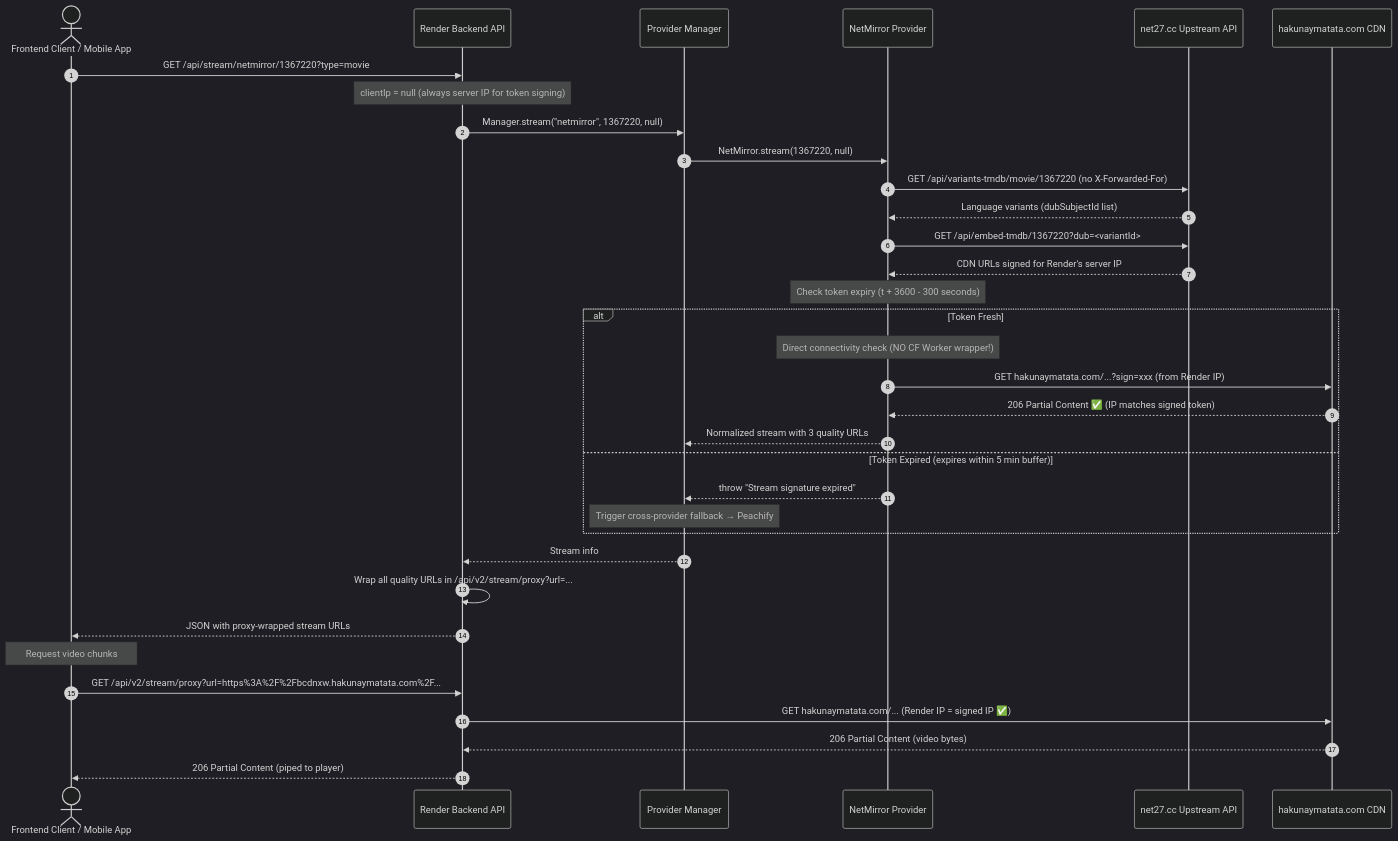
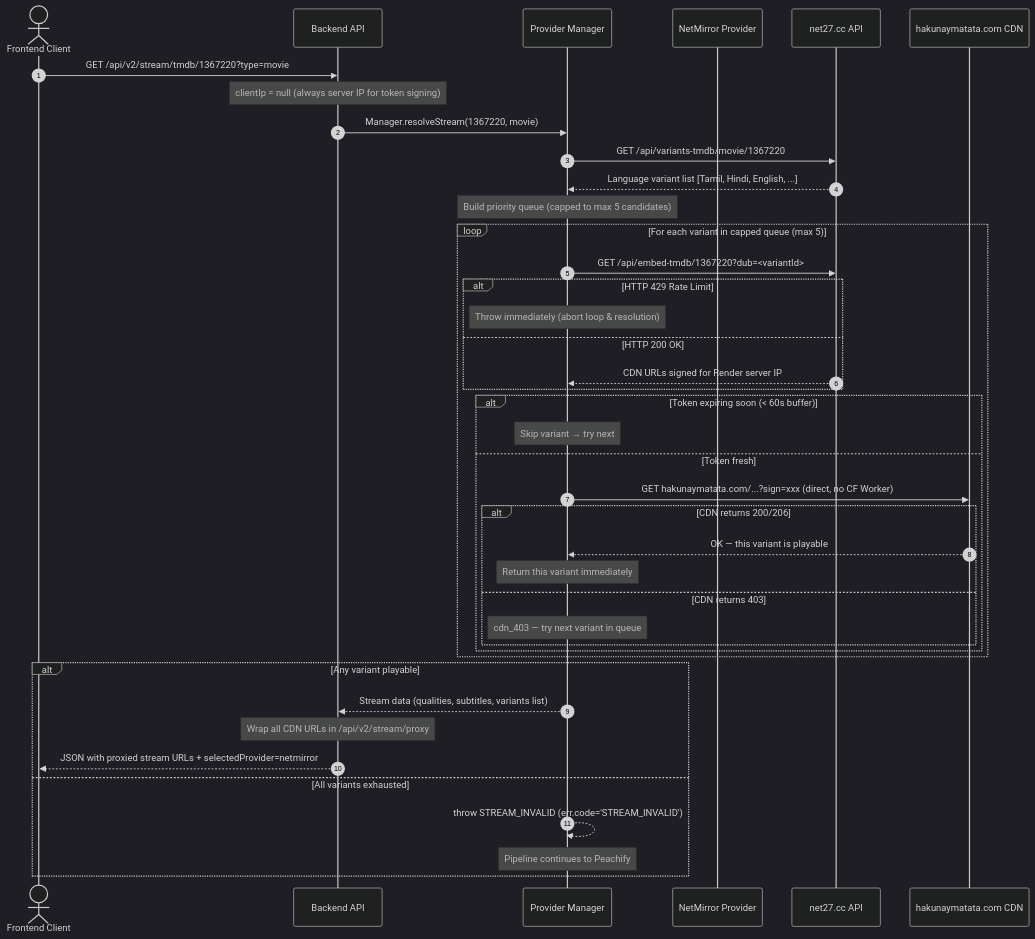
Before and after one commit to Kalaitechtubee/MovieZon-api: the fourth of 7 diagrams in api_flow_documentation.md, drawn with Mermaid (dark theme). The commit also changed other lines of this file and 9 other files, not shown here.

````diff
--- a/api_flow_documentation.md
+++ b/api_flow_documentation.md
@@ -86,41 +161,49 @@
 ```mermaid
 sequenceDiagram
     autonumber
-    actor Client as Frontend Client / Mobile App
-    participant Server as Render Backend API
+    actor Client as Frontend Client
+    participant Server as Backend API
     participant Manager as Provider Manager
-    participant Provider as NetMirror Provider
-    participant API as net27.cc Upstream API
+    participant NM as NetMirror Provider
+    participant NM_API as net27.cc API
     participant CDN as hakunaymatata.com CDN
 
-    Client->>Server: GET /api/stream/netmirror/1367220?type=movie
+    Client->>Server: GET /api/v2/stream/tmdb/1367220?type=movie
     Note over Server: clientIp = null (always server IP for token signing)
-    Server->>Manager: Manager.stream("netmirror", 1367220, null)
-    Manager->>Provider: NetMirror.stream(1367220, null)
+    Server->>Manager: Manager.resolveStream(1367220, movie)
 
-    Provider->>API: GET /api/variants-tmdb/movie/1367220 (no X-Forwarded-For)
-    API-->>Provider: Language variants (dubSubjectId list)
-    Provider->>API: GET /api/embed-tmdb/1367220?dub=<variantId>
-    API-->>Provider: CDN URLs signed for Render's server IP
+    Manager->>NM_API: GET /api/variants-tmdb/movie/1367220
+    NM_API-->>Manager: Language variant list [Tamil, Hindi, English, ...]
 
-    Note over Provider: Check token expiry (t + 3600 - 300 seconds)
-    alt Token Fresh
-        Note over Provider: Direct connectivity check (NO CF Worker wrapper!)
-        Provider->>CDN: GET hakunaymatata.com/...?sign=xxx (from Render IP)
-        CDN-->>Provider: 206 Partial Content ✅ (IP matches signed token)
-        Provider-->>Manager: Normalized stream with 3 quality URLs
-    else Token Expired (expires within 5 min buffer)
-        Provider-->>Manager: throw "Stream signature expired"
-        Note over Manager: Trigger cross-provider fallback → Peachify
+    Note over Manager: Build priority queue (capped to max 5 candidates)
+
+    loop For each variant in capped queue (max 5)
+        Manager->>NM_API: GET /api/embed-tmdb/1367220?dub=<variantId>
+        alt HTTP 429 Rate Limit
+            Note over Manager: Throw immediately (abort loop & resolution)
+        else HTTP 200 OK
+            NM_API-->>Manager: CDN URLs signed for Render server IP
+        end
+
+        alt Token expiring soon (< 60s buffer)
+            Note over Manager: Skip variant → try next
+        else Token fresh
+            Manager->>CDN: GET hakunaymatata.com/...?sign=xxx (direct, no CF Worker)
+            alt CDN returns 200/206
+                CDN-->>Manager: OK — this variant is playable
+                Note over Manager: Return this variant immediately
+            else CDN returns 403
+                Note over Manager: cdn_403 — try next variant in queue
+            end
+        end
     end
 
-    Manager-->>Server: Stream info
-    Server->>Server: Wrap all quality URLs in /api/v2/stream/proxy?url=...
-    Server-->>Client: JSON with proxy-wrapped stream URLs
-
-    Note over Client: Request video chunks
-    Client->>Server: GET /api/v2/stream/proxy?url=https%3A%2F%2Fbcdnxw.hakunaymatata.com%2F...
-    Server->>CDN: GET hakunaymatata.com/... (Render IP = signed IP ✅)
-    CDN-->>Server: 206 Partial Content (video bytes)
-    Server-->>Client: 206 Partial Content (piped to player)
+    alt Any variant playable
+        Manager-->>Server: Stream data (qualities, subtitles, variants list)
+        Note over Server: Wrap all CDN URLs in /api/v2/stream/proxy
+        Server-->>Client: JSON with proxied stream URLs + selectedProvider=netmirror
+    else All variants exhausted
+        Manager-->>Manager: throw STREAM_INVALID (err.code='STREAM_INVALID')
+        Note over Manager: Pipeline continues to Peachify
+    end
 ```
````
